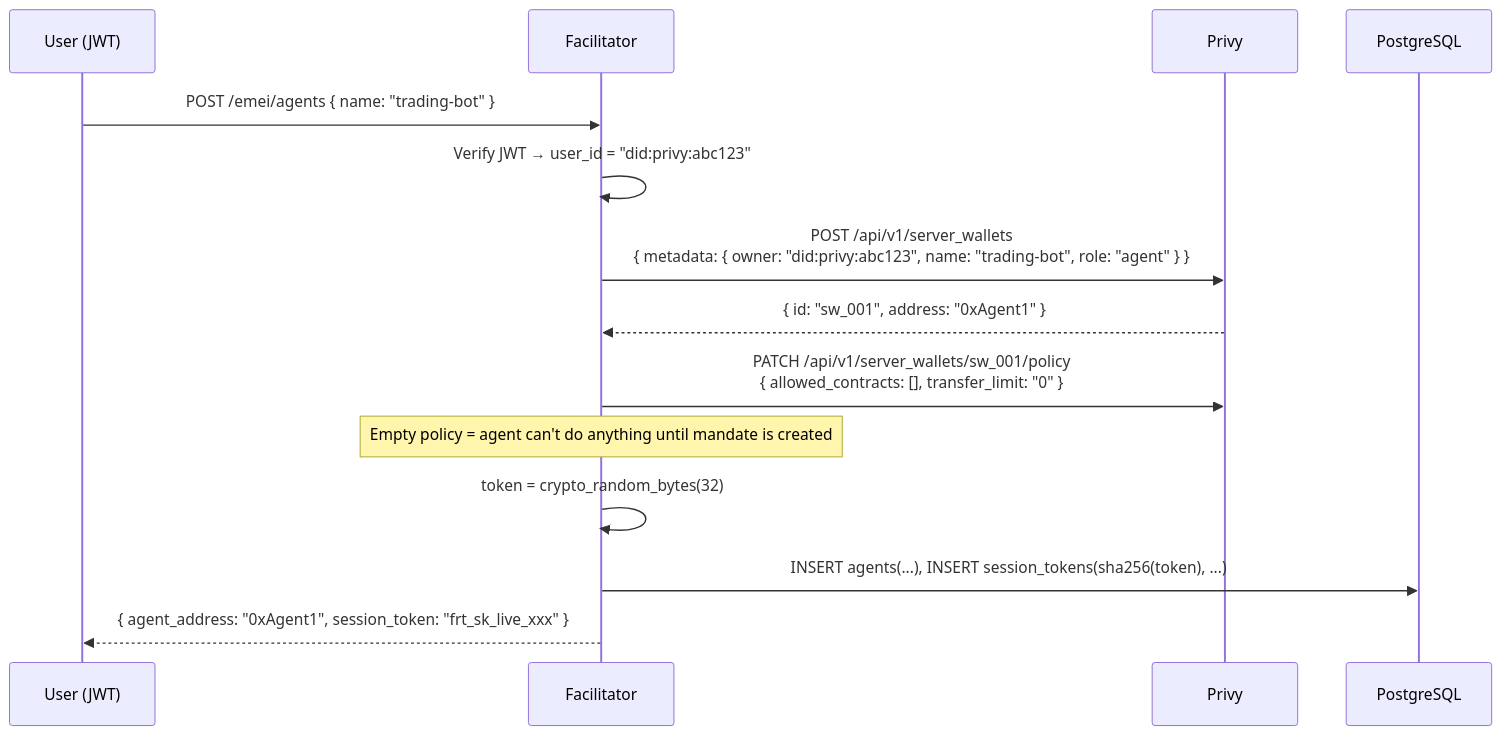
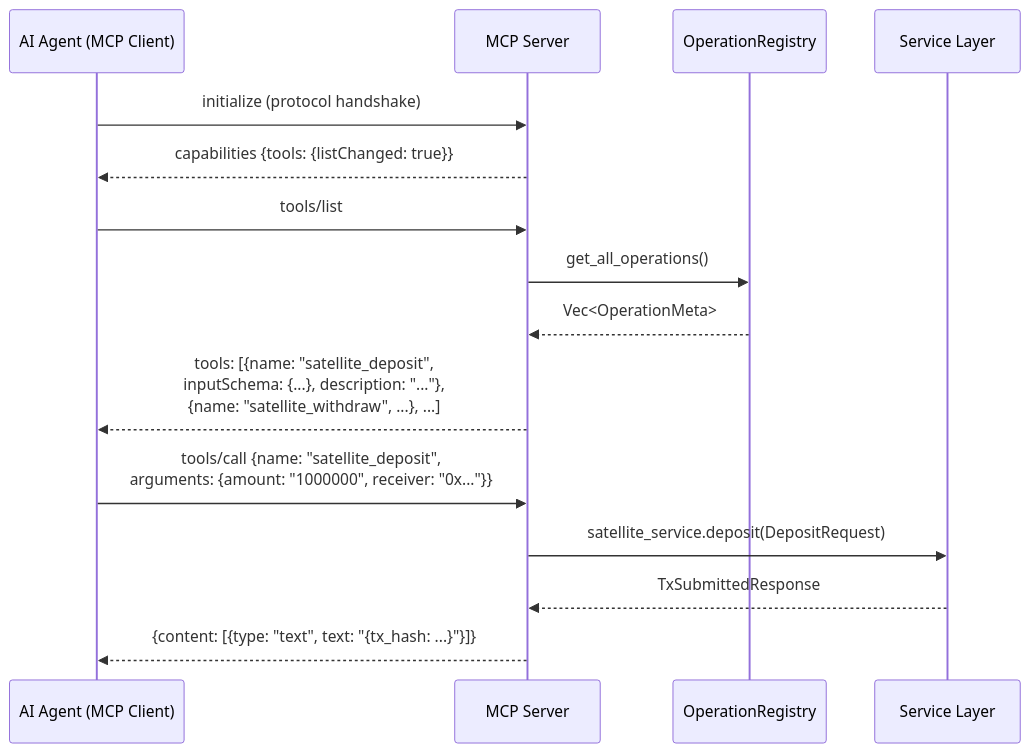
The sixth of 8 diagrams in README.md (itsme-boii/archetectures), drawn with Mermaid before and after one commit. The commit also changed other lines of this file, not shown here.

````diff
--- a/README.md
+++ b/README.md
@@ -229,17 +459,20 @@
 ```mermaid
 sequenceDiagram
-    participant U as User (JWT)
-    participant F as Facilitator
-    participant P as Privy
-    participant DB as PostgreSQL
+    participant Agent as AI Agent (MCP Client)
+    participant MCP as MCP Server
+    participant REG as OperationRegistry
+    participant SVC as Service Layer
 
-    U->>F: POST /emei/agents { name: "trading-bot" }
-    F->>F: Verify JWT → user_id = "did:privy:abc123"
-    F->>P: POST /api/v1/server_wallets<br/>{ metadata: { owner: "did:privy:abc123", name: "trading-bot", role: "agent" } }
-    P-->>F: { id: "sw_001", address: "0xAgent1" }
-    F->>P: PATCH /api/v1/server_wallets/sw_001/policy<br/>{ allowed_contracts: [], transfer_limit: "0" }
-    Note over F: Empty policy = agent can't do anything until mandate is created
-    F->>F: token = crypto_random_bytes(32)
-    F->>DB: INSERT agents(...), INSERT session_tokens(sha256(token), ...)
-    F-->>U: { agent_address: "0xAgent1", session_token: "frt_sk_live_xxx" }
+    Agent->>MCP: initialize (protocol handshake)
+    MCP-->>Agent: capabilities {tools: {listChanged: true}}
+
+    Agent->>MCP: tools/list
+    MCP->>REG: get_all_operations()
+    REG-->>MCP: Vec<OperationMeta>
+    MCP-->>Agent: tools: [{name: "satellite_deposit",<br/>inputSchema: {...}, description: "..."},<br/>{name: "satellite_withdraw", ...}, ...]
+
+    Agent->>MCP: tools/call {name: "satellite_deposit",<br/>arguments: {amount: "1000000", receiver: "0x..."}}
+    MCP->>SVC: satellite_service.deposit(DepositRequest)
+    SVC-->>MCP: TxSubmittedResponse
+    MCP-->>Agent: {content: [{type: "text", text: "{tx_hash: ...}"}]}
 ```
````
